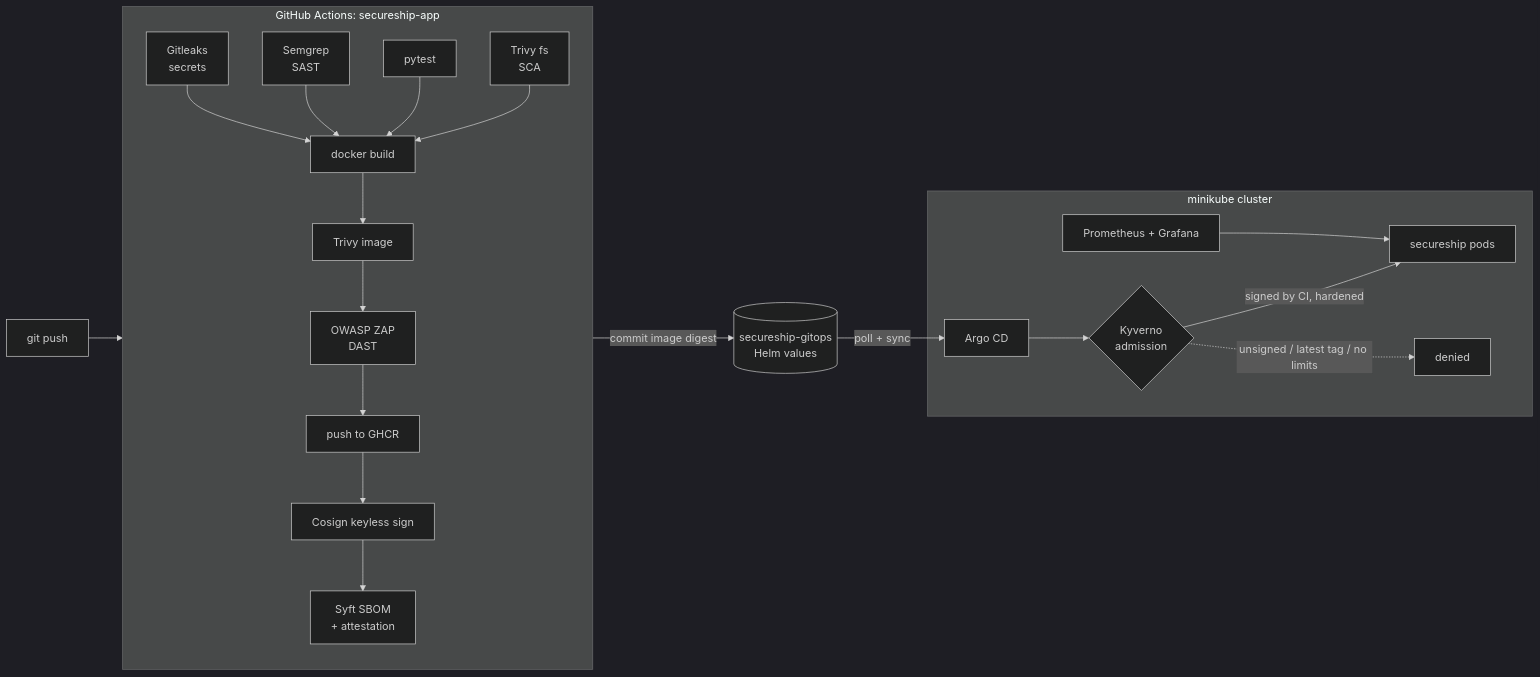
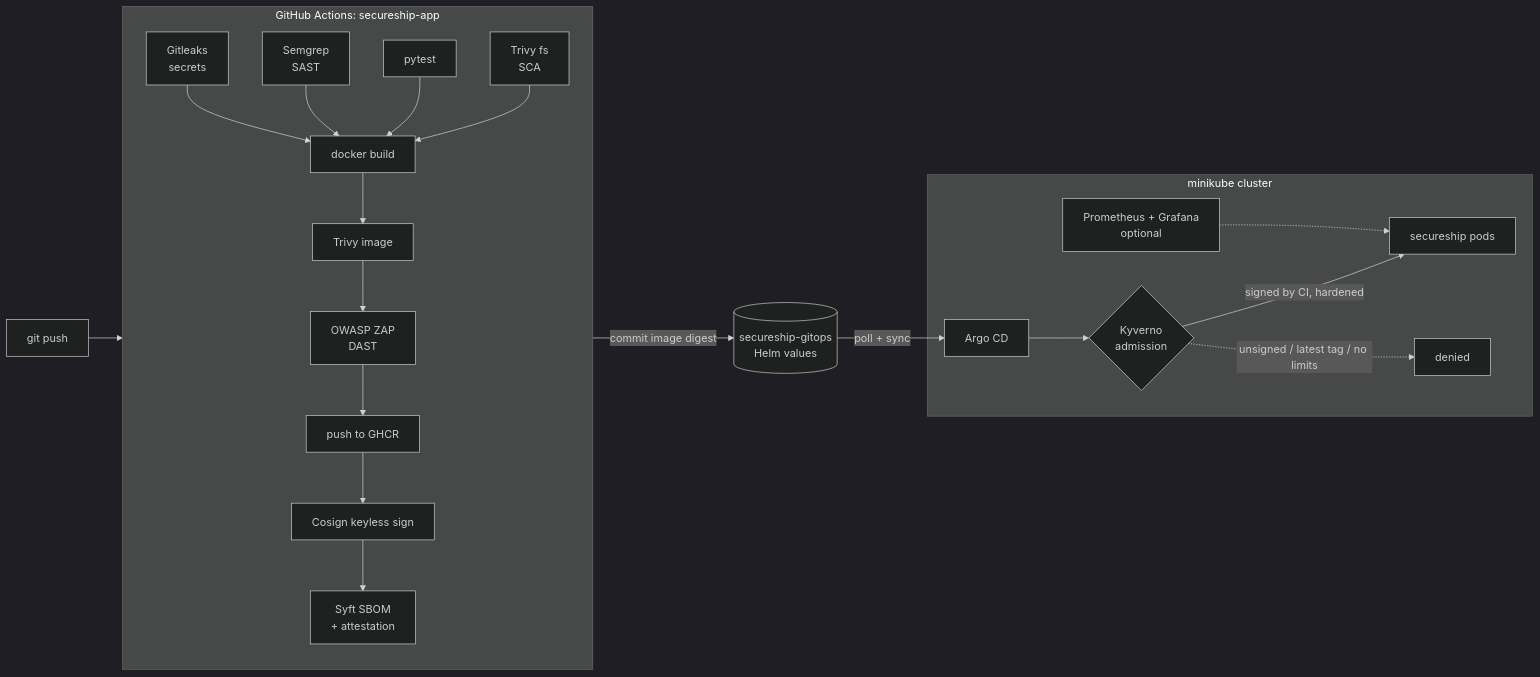
Before and after one commit to ArpitSinghal-DevOps/secureship-app: the diagram in README.md, drawn with Mermaid (dark theme). The commit also changed other lines of this file and 1 other file, not shown here.

Commit message:
ci: skip pipeline for docs-only commits; mark monitoring optional

````diff
--- a/README.md
+++ b/README.md
@@ -11,24 +11,24 @@
 ```mermaid
 flowchart LR
   dev[git push] --> ci
 
   subgraph ci[GitHub Actions: secureship-app]
     direction TB
     gl[Gitleaks<br/>secrets] --> b
     sg[Semgrep<br/>SAST] --> b
     t[pytest] --> b
     tf[Trivy fs<br/>SCA] --> b
     b[docker build] --> ti[Trivy image] --> zap[OWASP ZAP<br/>DAST] --> push[push to GHCR]
     push --> sign[Cosign keyless sign] --> sbom[Syft SBOM<br/>+ attestation]
   end
 
   sbom -->|commit image digest| gitops[(secureship-gitops<br/>Helm values)]
   gitops -->|poll + sync| argo
 
   subgraph k8s[minikube cluster]
     argo[Argo CD] --> kyv{Kyverno<br/>admission}
     kyv -->|signed by CI, hardened| app[secureship pods]
     kyv -. unsigned / latest tag / no limits .-> deny[denied]
-    prom[Prometheus + Grafana] --> app
+    prom[Prometheus + Grafana<br/>optional] -.-> app
   end
 ```
````
